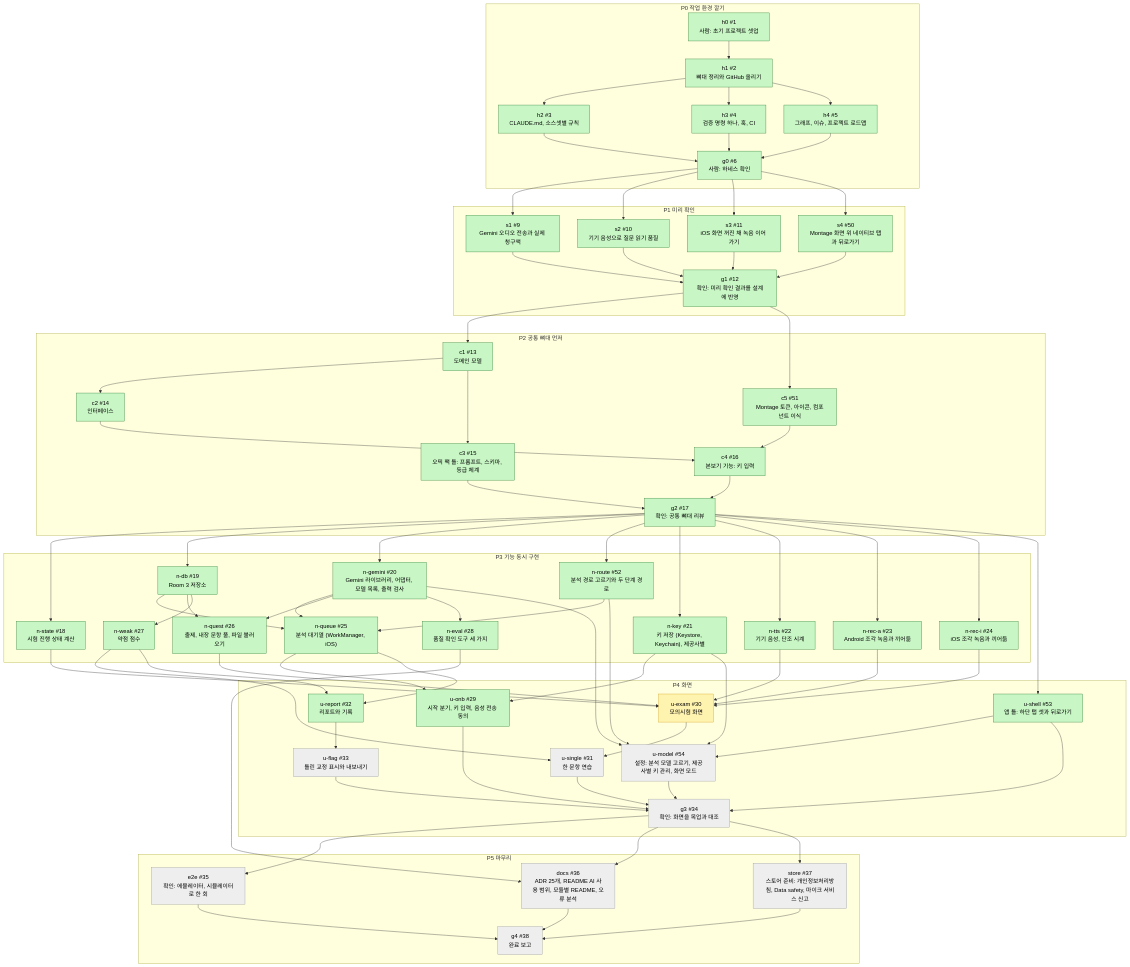
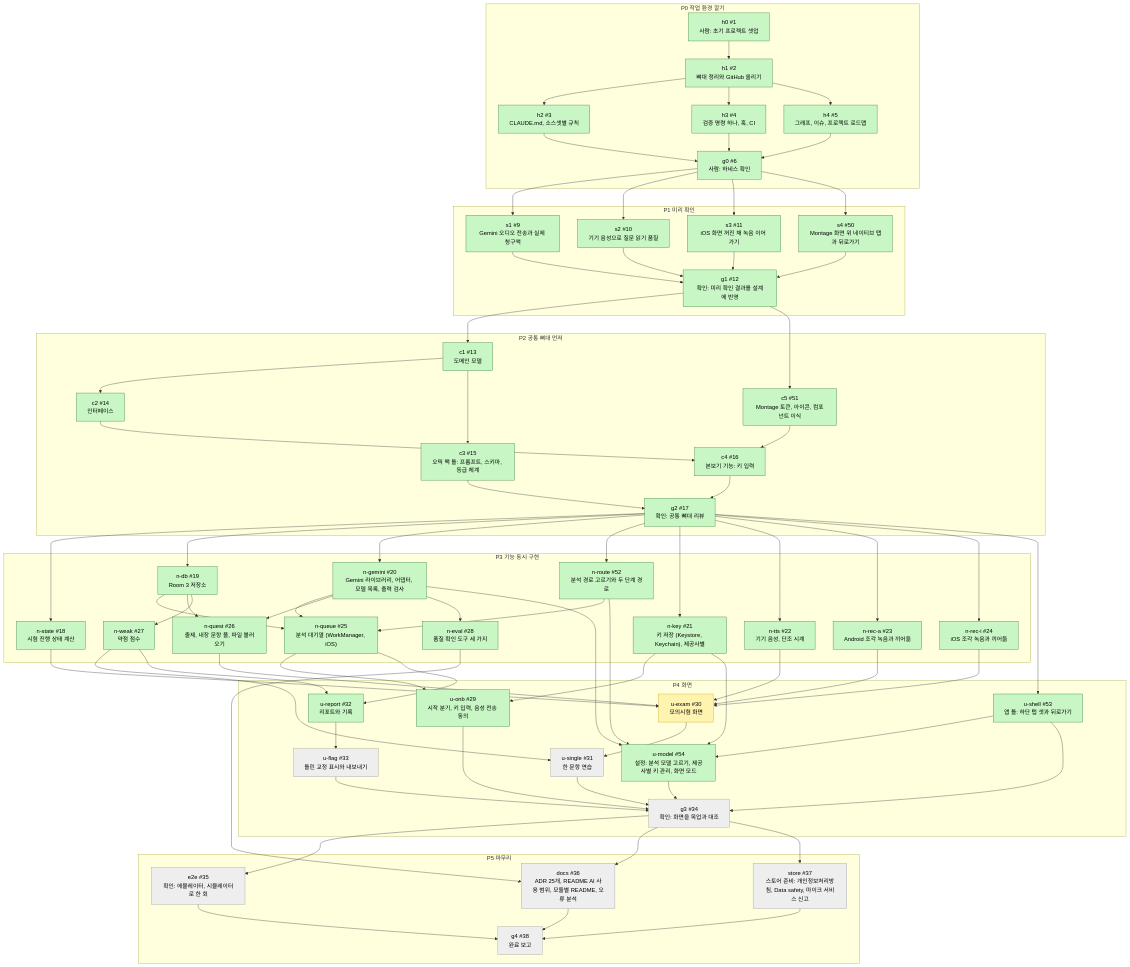
One commit to nosorae/AiOpicSelfStudy changed the first of 2 diagrams in docs/graph/dev-graph.md. Above: the diagram before and after it, drawn with Mermaid. The commit also changed other lines of this file and 38 other files, not shown here.

````diff
--- a/docs/graph/dev-graph.md
+++ b/docs/graph/dev-graph.md
@@ -127,10 +127,10 @@
   docs --> g4
   store --> g4
   classDef todo fill:#eeeeee,stroke:#999999,color:#000
-  class u_single,u_flag,u_model,g3,e2e,docs,store,g4 todo
+  class u_single,u_flag,g3,e2e,docs,store,g4 todo
   classDef doing fill:#fff3b0,stroke:#d4a017,color:#000
   class u_exam doing
   classDef done fill:#c8f7c5,stroke:#2e7d32,color:#000
-  class h0,h1,h2,h3,h4,g0,s1,s2,s3,s4,g1,c1,c2,c3,c5,c4,g2,n_state,n_db,n_gemini,n_route,n_key,n_tts,n_rec_a,n_rec_i,n_queue,n_quest,n_weak,n_eval,u_onb,u_shell,u_report done
+  class h0,h1,h2,h3,h4,g0,s1,s2,s3,s4,g1,c1,c2,c3,c5,c4,g2,n_state,n_db,n_gemini,n_route,n_key,n_tts,n_rec_a,n_rec_i,n_queue,n_quest,n_weak,n_eval,u_onb,u_shell,u_report,u_model done
   classDef blocked fill:#ffcdd2,stroke:#c62828,color:#000
 ```
````
